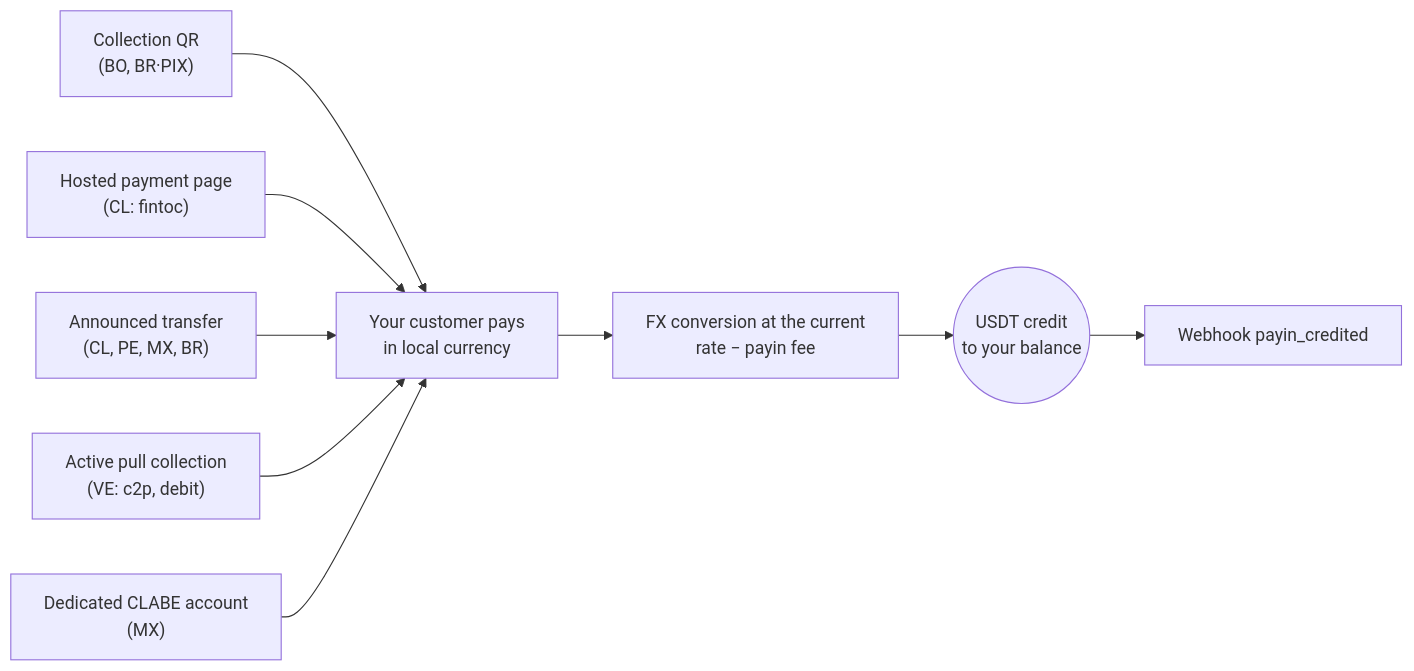
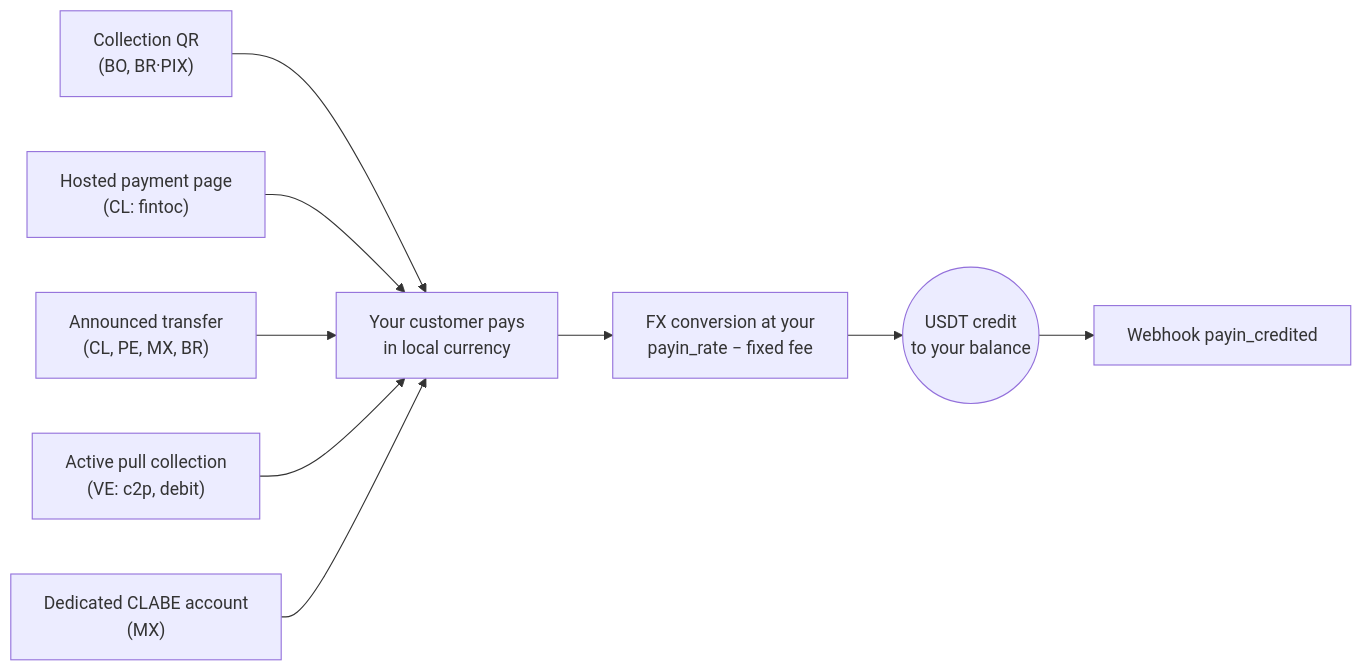
One commit to SaturoS17/docs changed the diagram in en/guides/payins.mdx. Above: the diagram before and after it, drawn with Mermaid. The commit also changed other lines of this file and 17 other files, not shown here.

Commit message:
payins: FX pricing in payin_rate (spread in the rate, fixed fee only) - v1.21

````diff
--- a/en/guides/payins.mdx
+++ b/en/guides/payins.mdx
@@ -13,11 +14,11 @@
 ```mermaid
 flowchart LR
     qr["Collection QR<br/>(BO, BR·PIX)"] --> pay["Your customer pays<br/>in local currency"]
     hosted["Hosted payment page<br/>(CL: fintoc)"] --> pay
     announced["Announced transfer<br/>(CL, PE, MX, BR)"] --> pay
     pull["Active pull collection<br/>(VE: c2p, debit)"] --> pay
     clabe["Dedicated CLABE account<br/>(MX)"] --> pay
-    pay --> conv["FX conversion at the current<br/>rate − payin fee"]
+    pay --> conv["FX conversion at your<br/>payin_rate − fixed fee"]
     conv --> credit(("USDT credit<br/>to your balance"))
     credit --> wh["Webhook payin_credited"]
 ```
````
